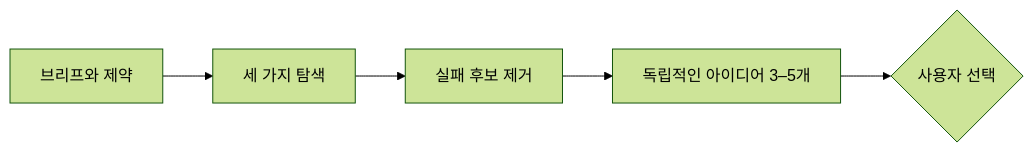
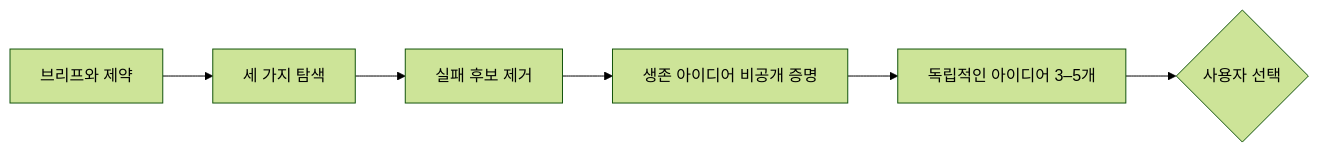
The diagram in README.ko.md (djfksjd/imagination-engine-skill), drawn with Mermaid (forest theme) before and after one commit. The commit also changed other lines of this file and 22 other files, not shown here.

````diff
--- a/README.ko.md
+++ b/README.ko.md
@@ -29,7 +29,8 @@
 ```mermaid
 flowchart LR
     A[브리프와 제약] --> B[세 가지 탐색]
     B --> C[실패 후보 제거]
-    C --> D[독립적인 아이디어 3–5개]
-    D --> E{사용자 선택}
+    C --> D[생존 아이디어 비공개 증명]
+    D --> E[독립적인 아이디어 3–5개]
+    E --> F{사용자 선택}
 ```
````
